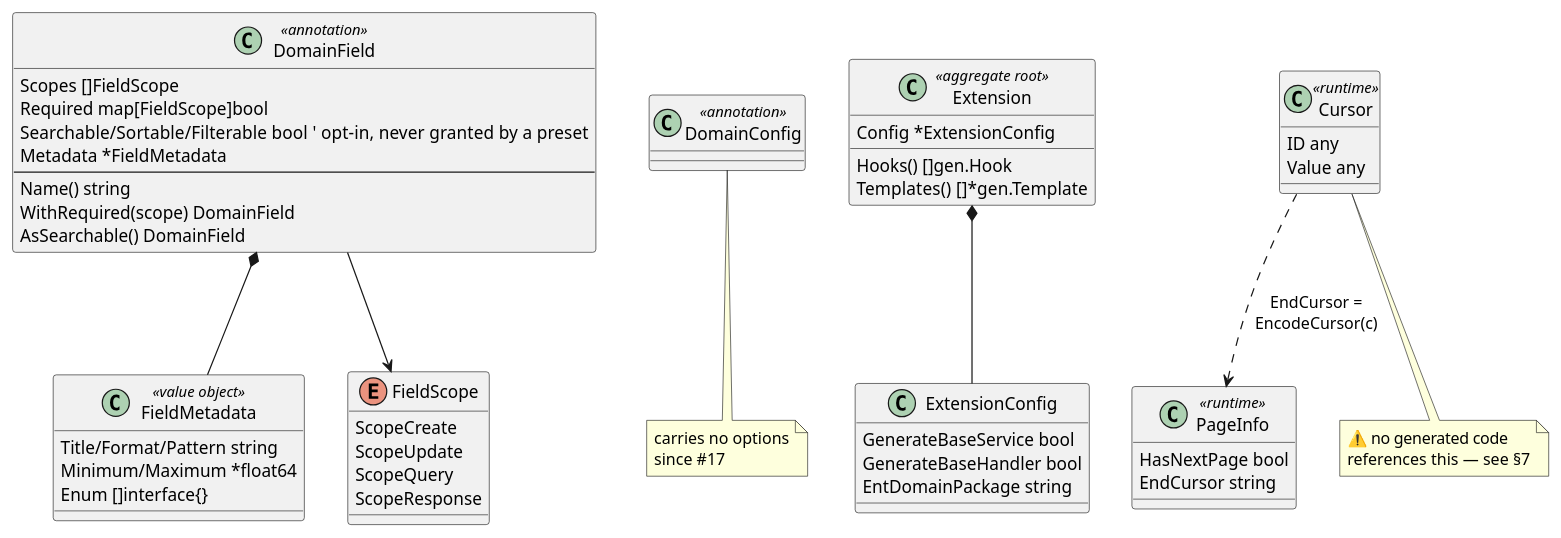
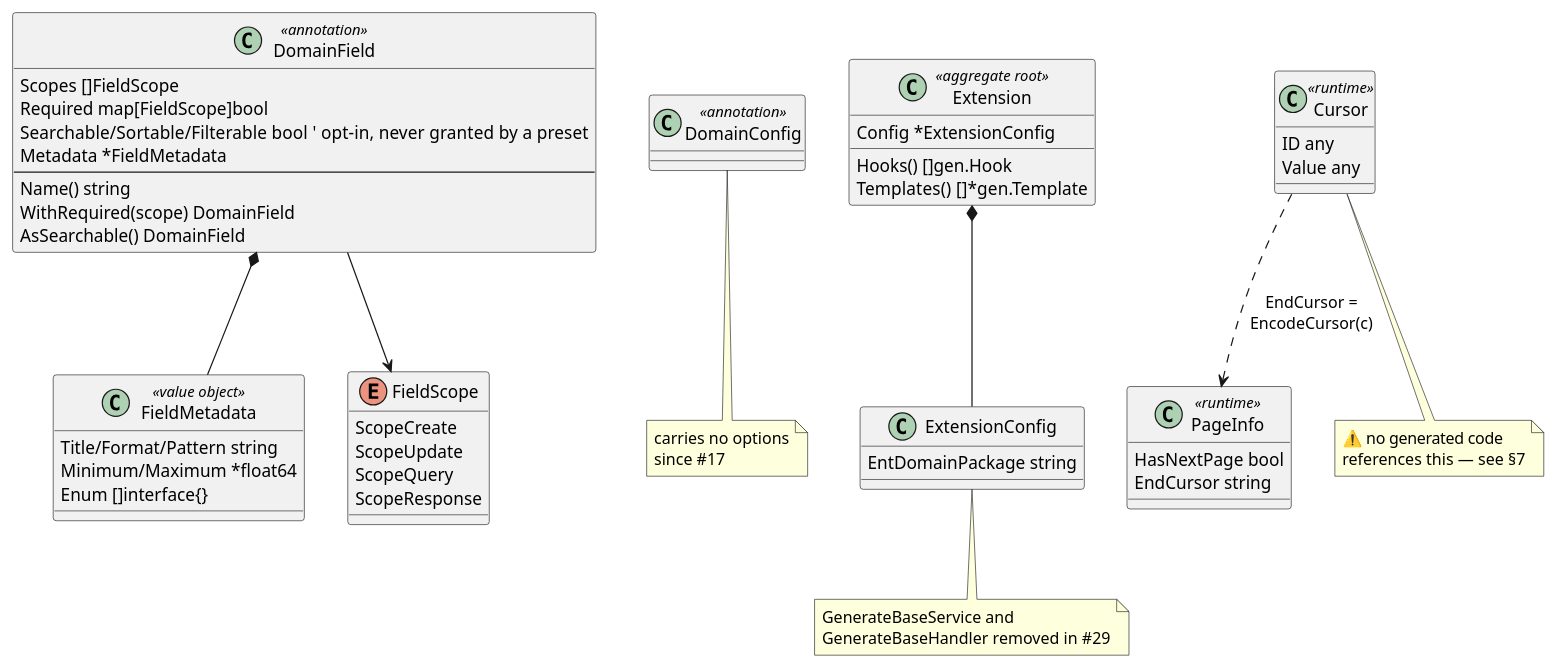
One commit to githonllc/entapi changed the third of 5 diagrams in ARCHITECTURE.md. Above: the diagram before and after it, drawn with PlantUML. The commit also changed other lines of this file and 123 other files, not shown here.

````diff
--- a/ARCHITECTURE.md
+++ b/ARCHITECTURE.md
@@ -133,52 +134,51 @@
 ```plantuml
 @startuml
 skinparam classAttributeIconSize 0
 class DomainField <<annotation>> {
   Scopes []FieldScope
   Required map[FieldScope]bool
   Searchable/Sortable/Filterable bool  ' opt-in, never granted by a preset
   Metadata *FieldMetadata
   --
   Name() string
   WithRequired(scope) DomainField
   AsSearchable() DomainField
 }
 class FieldMetadata <<value object>> {
   Title/Format/Pattern string
   Minimum/Maximum *float64
   Enum []interface{}
 }
 enum FieldScope {
   ScopeCreate
   ScopeUpdate
   ScopeQuery
   ScopeResponse
 }
 class DomainConfig <<annotation>> {
 }
 note bottom of DomainConfig : carries no options\nsince #17
 class Extension <<aggregate root>> {
   Config *ExtensionConfig
   Hooks() []gen.Hook
   Templates() []*gen.Template
 }
 class ExtensionConfig {
-  GenerateBaseService bool
-  GenerateBaseHandler bool
   EntDomainPackage string
 }
+note bottom of ExtensionConfig : GenerateBaseService and\nGenerateBaseHandler removed in #29
 class PageInfo <<runtime>> {
   HasNextPage bool
   EndCursor string
 }
 class Cursor <<runtime>> {
   ID any
   Value any
 }
 DomainField *-- FieldMetadata
 DomainField --> FieldScope
 Extension *-- ExtensionConfig
 Cursor ..> PageInfo : EndCursor =\nEncodeCursor(c)
 note bottom of Cursor : ⚠️ no generated code\nreferences this — see §7
 @enduml
 ```
````
